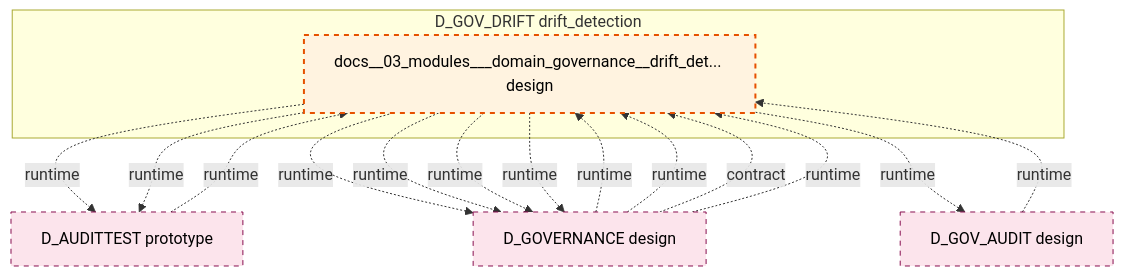
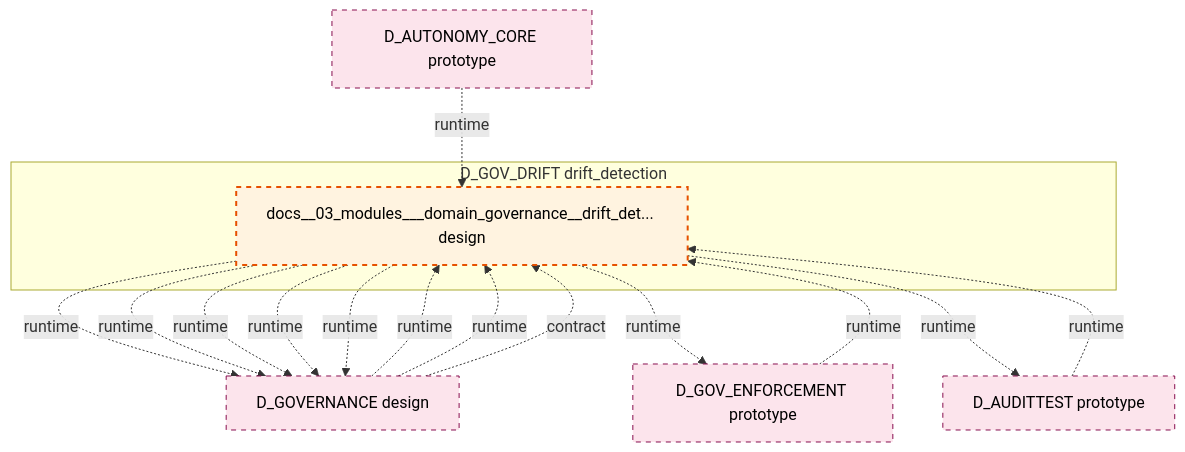
One commit to xuanFelixVan/ZephyrAlpha changed the diagram in docs/02_enterprise_architecture/02_domain_architecture_docs/34_d_gov_drift.md. Above: the diagram before and after it, drawn with Mermaid. The commit also changed other lines of this file and 100 other files, not shown here.

````diff
--- a/docs/02_enterprise_architecture/02_domain_architecture_docs/34_d_gov_drift.md
+++ b/docs/02_enterprise_architecture/02_domain_architecture_docs/34_d_gov_drift.md
@@ -47,28 +47,29 @@
 ```mermaid
 graph TD
     subgraph D_GOV_DRIFT["D_GOV_DRIFT drift_detection"]
         docs_03_modules_domain_governance_drift_detector_blueprint_md["docs__03_modules___domain_governance__drift_det... design"]
     end
-    D_AUDITTEST["D_AUDITTEST prototype"]
-    docs_03_modules_domain_governance_drift_detector_blueprint_md -.->|runtime| D_AUDITTEST
     D_GOVERNANCE["D_GOVERNANCE design"]
     docs_03_modules_domain_governance_drift_detector_blueprint_md -.->|runtime| D_GOVERNANCE
-    D_GOV_AUDIT["D_GOV_AUDIT design"]
-    docs_03_modules_domain_governance_drift_detector_blueprint_md -.->|runtime| D_GOV_AUDIT
+    docs_03_modules_domain_governance_drift_detector_blueprint_md -.->|runtime| D_GOVERNANCE
+    D_GOV_ENFORCEMENT["D_GOV_ENFORCEMENT prototype"]
+    docs_03_modules_domain_governance_drift_detector_blueprint_md -.->|runtime| D_GOV_ENFORCEMENT
+    D_AUDITTEST["D_AUDITTEST prototype"]
     docs_03_modules_domain_governance_drift_detector_blueprint_md -.->|runtime| D_AUDITTEST
     docs_03_modules_domain_governance_drift_detector_blueprint_md -.->|runtime| D_GOVERNANCE
     docs_03_modules_domain_governance_drift_detector_blueprint_md -.->|runtime| D_GOVERNANCE
     docs_03_modules_domain_governance_drift_detector_blueprint_md -.->|runtime| D_GOVERNANCE
-    D_GOV_AUDIT -.->|runtime| docs_03_modules_domain_governance_drift_detector_blueprint_md
+    D_GOV_ENFORCEMENT -.->|runtime| docs_03_modules_domain_governance_drift_detector_blueprint_md
     D_GOVERNANCE -.->|runtime| docs_03_modules_domain_governance_drift_detector_blueprint_md
     D_GOVERNANCE -.->|runtime| docs_03_modules_domain_governance_drift_detector_blueprint_md
     D_GOVERNANCE -.->|contract| docs_03_modules_domain_governance_drift_detector_blueprint_md
-    D_GOVERNANCE -.->|runtime| docs_03_modules_domain_governance_drift_detector_blueprint_md
+    D_AUTONOMY_CORE["D_AUTONOMY_CORE prototype"]
+    D_AUTONOMY_CORE -.->|runtime| docs_03_modules_domain_governance_drift_detector_blueprint_md
     D_AUDITTEST -.->|runtime| docs_03_modules_domain_governance_drift_detector_blueprint_md
     classDef production fill:#e1f5fe,stroke:#01579b,stroke-width:2px,color:#000
     classDef design fill:#fff3e0,stroke:#e65100,stroke-width:2px,color:#000,stroke-dasharray: 5 5
     classDef external_prod fill:#e8f5e9,stroke:#1b5e20,stroke-width:1px,color:#000
     classDef external_design fill:#fce4ec,stroke:#880e4f,stroke-width:1px,color:#000,stroke-dasharray: 5 5
     class docs_03_modules_domain_governance_drift_detector_blueprint_md design
-    class D_AUDITTEST,D_GOVERNANCE,D_GOV_AUDIT external_design
+    class D_GOVERNANCE,D_GOV_ENFORCEMENT,D_AUDITTEST,D_AUTONOMY_CORE external_design
 ```
````
